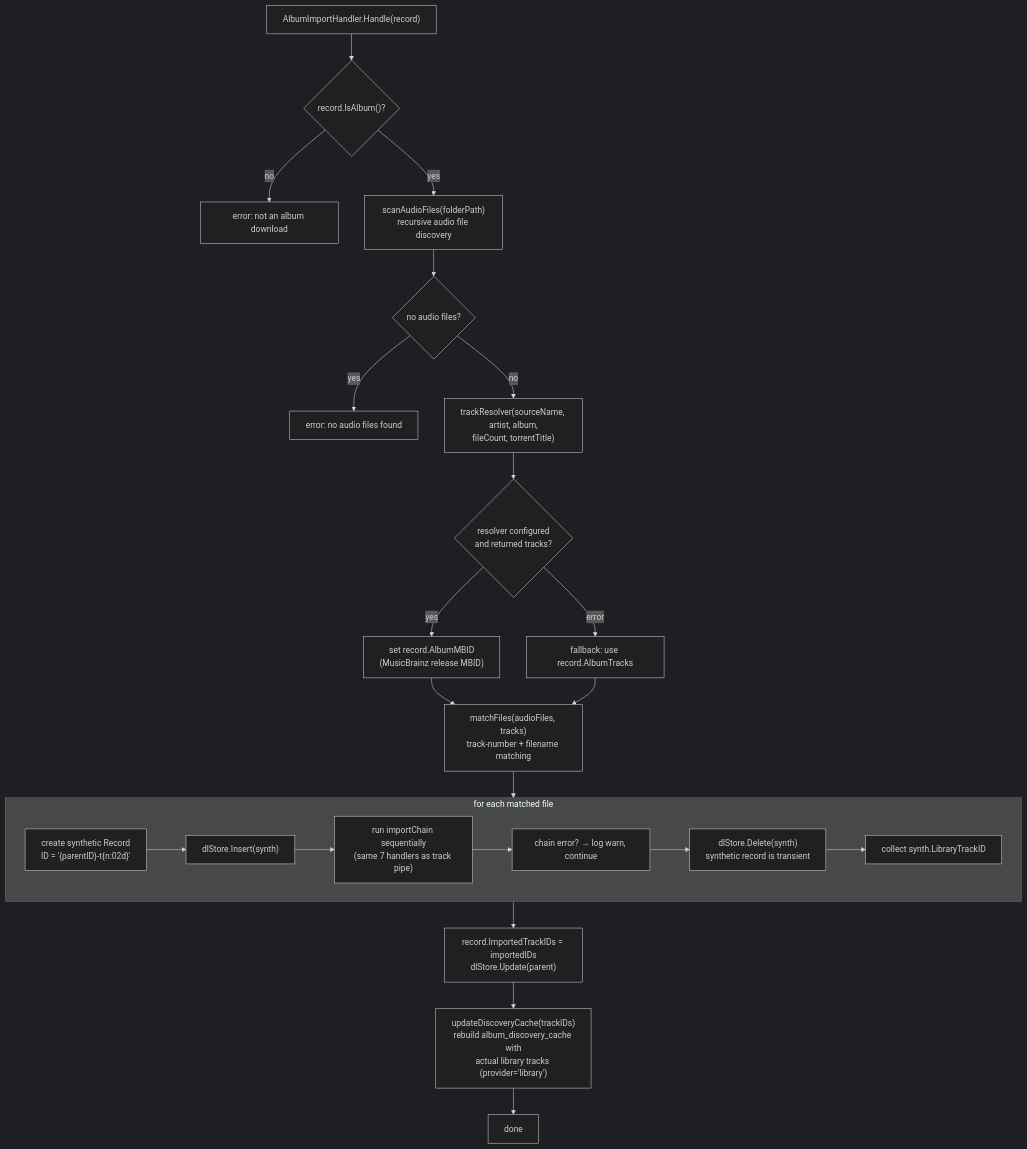
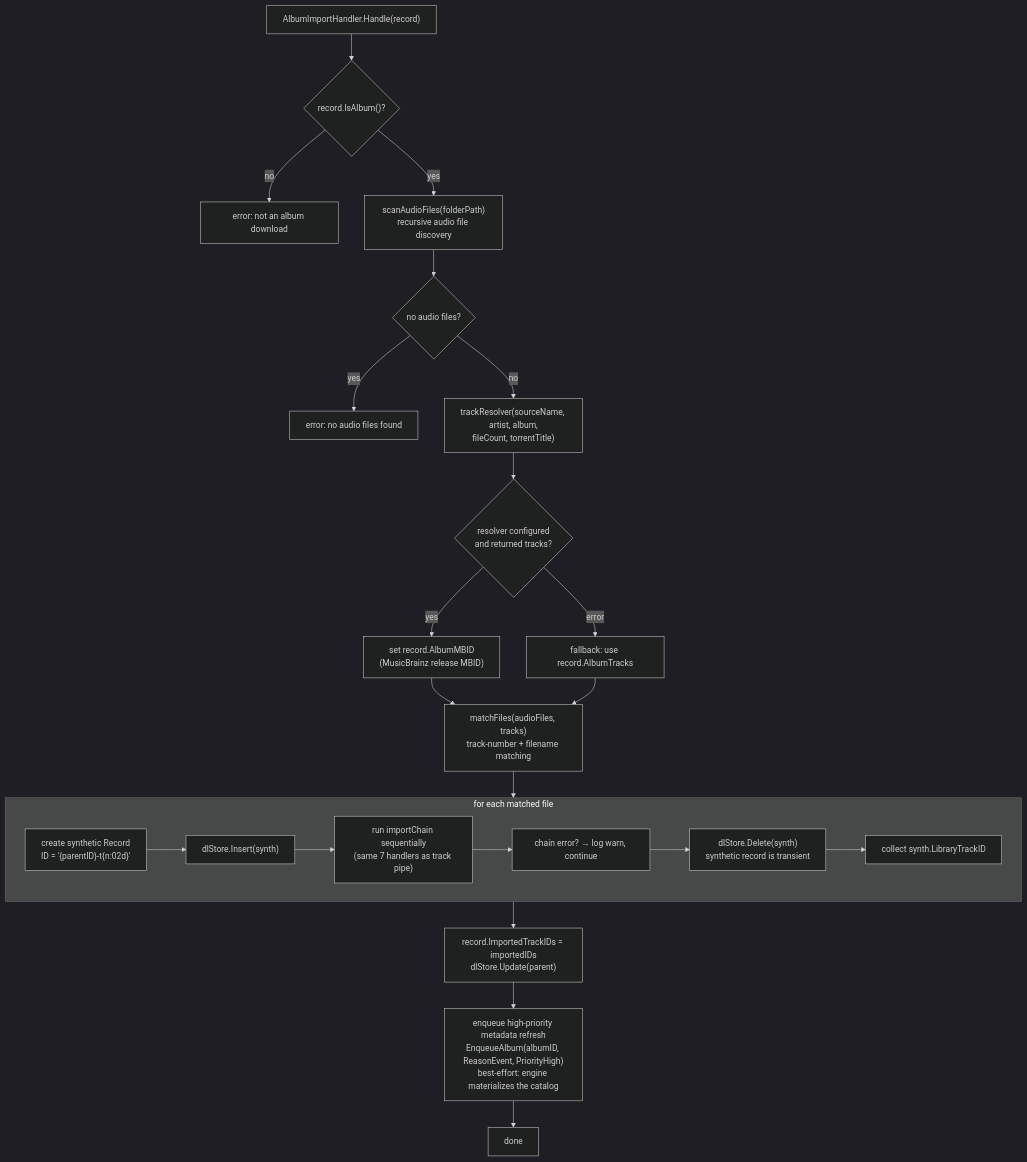
One commit to ramonskie/groovearr changed the diagram in docs/flows/album-import-handler.md. Above: the diagram before and after it, drawn with Mermaid (dark theme). The commit also changed other lines of this file and 6 other files, not shown here.

First line of the commit message:
docs: document metadata catalog and sweep-free refresh

````diff
--- a/docs/flows/album-import-handler.md
+++ b/docs/flows/album-import-handler.md
@@ -11,32 +11,32 @@
 ```mermaid
 flowchart TD
     START["AlbumImportHandler.Handle(record)"] --> CHK{"record.IsAlbum()?"}
     CHK -- no --> ERR1["error: not an album download"]
 
     CHK -- yes --> SCAN["scanAudioFiles(folderPath)<br/>recursive audio file discovery"]
     SCAN --> SCANK{"no audio files?"}
     SCANK -- yes --> ERR2["error: no audio files found"]
     SCANK -- no --> RESOLVE["trackResolver(sourceName, artist, album,<br/>fileCount, torrentTitle)"]
 
     RESOLVE --> RESOLVEK{"resolver configured<br/>and returned tracks?"}
     RESOLVEK -- error --> FB["fallback: use record.AlbumTracks"]
     RESOLVEK -- yes --> SETMB["set record.AlbumMBID<br/>(MusicBrainz release MBID)"]
     SETMB --> MATCH
     FB --> MATCH
 
     MATCH["matchFiles(audioFiles, tracks)<br/>track-number + filename matching"] --> LOOP
 
     subgraph LOOP["for each matched file"]
         M1["create synthetic Record<br/>ID = '{parentID}-t{n:02d}'"]
         M2["dlStore.Insert(synth)"]
         M3["run importChain sequentially<br/>(same 7 handlers as track pipe)"]
         M4["chain error? → log warn, continue"]
         M5["dlStore.Delete(synth)<br/>synthetic record is transient"]
         M6["collect synth.LibraryTrackID"]
         M1 --> M2 --> M3 --> M4 --> M5 --> M6
     end
 
     LOOP --> SYNC["record.ImportedTrackIDs = importedIDs<br/>dlStore.Update(parent)"]
-    SYNC --> CACHE["updateDiscoveryCache(trackIDs)<br/>rebuild album_discovery_cache with<br/>actual library tracks (provider='library')"]
-    CACHE --> DONE["done"]
+    SYNC --> REFRESH["enqueue high-priority metadata refresh<br/>EnqueueAlbum(albumID, ReasonEvent, PriorityHigh)<br/>best-effort: engine materializes the catalog"]
+    REFRESH --> DONE["done"]
 ```
````
